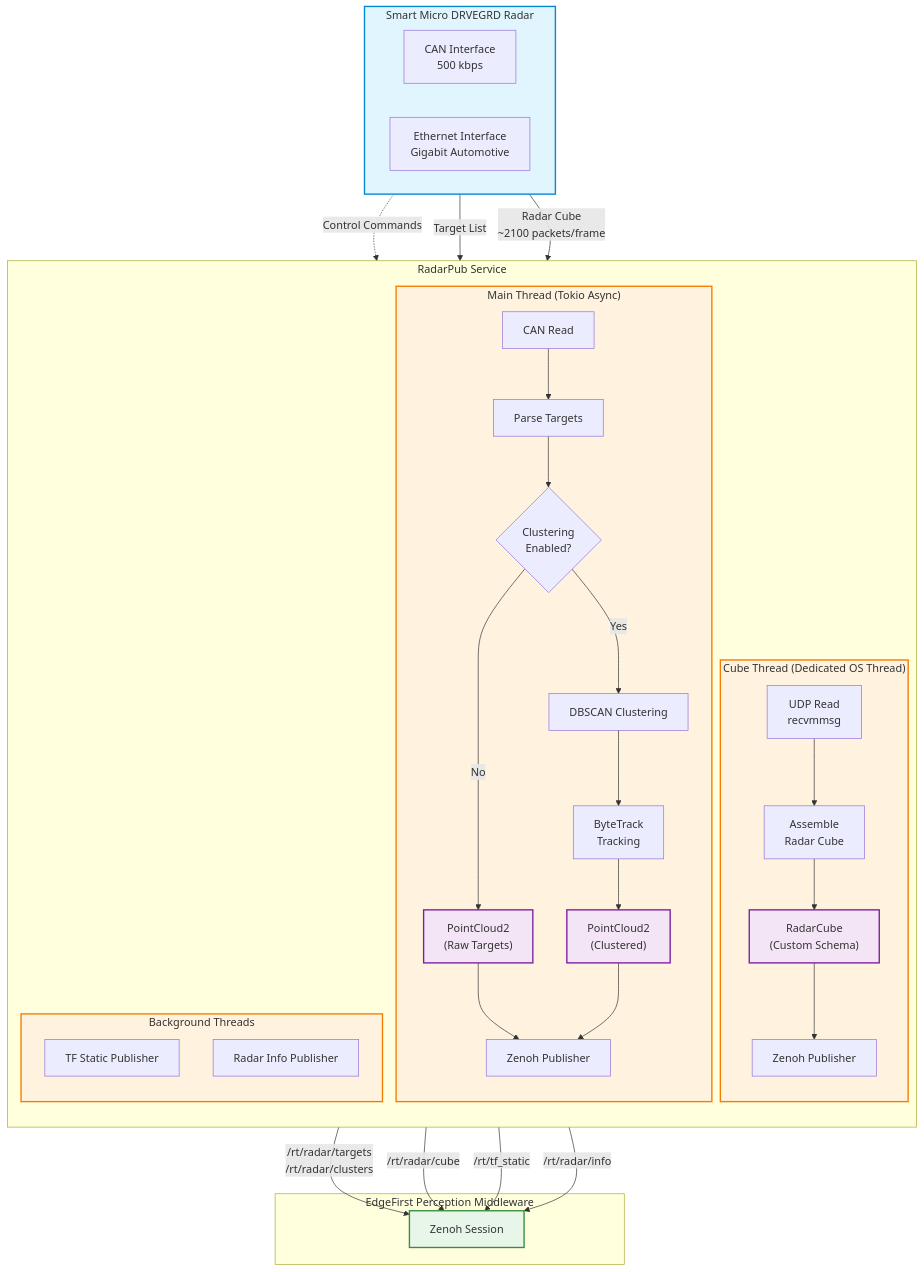
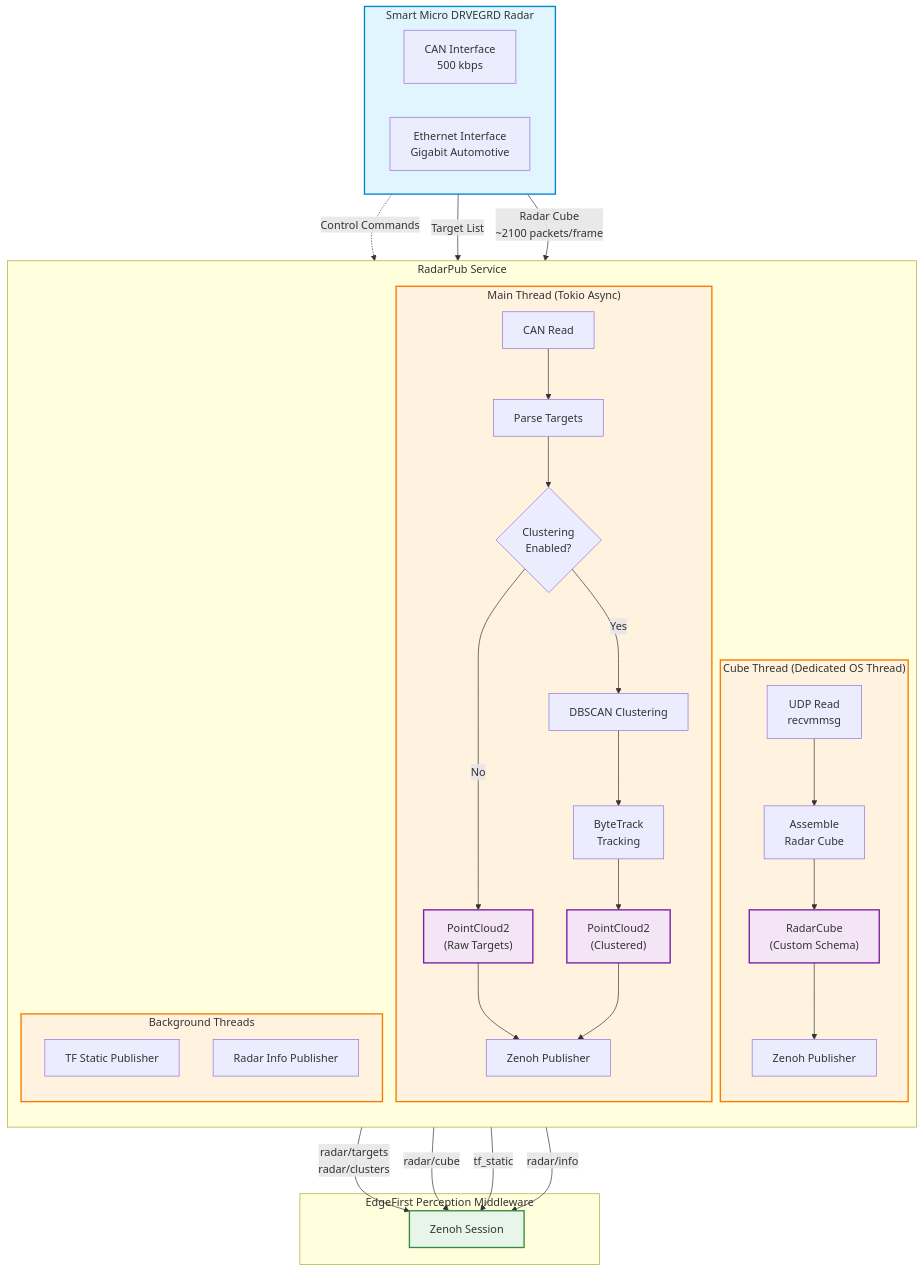
Before and after one commit to EdgeFirstAI/radarpub: the first of 10 diagrams in ARCHITECTURE.md, drawn with Mermaid. The commit also changed other lines of this file and 8 other files, not shown here.

````diff
--- a/ARCHITECTURE.md
+++ b/ARCHITECTURE.md
@@ -39,57 +39,57 @@
 ```mermaid
 graph TB
     subgraph DRVEGRD["Smart Micro DRVEGRD Radar"]
         direction LR
         CAN_OUT[CAN Interface<br/>500 kbps]
         UDP_OUT[Ethernet Interface<br/>Gigabit Automotive]
     end
 
     subgraph RadarPub["RadarPub Service"]
         direction TB
         
         subgraph MainThread["Main Thread (Tokio Async)"]
             CAN_READ[CAN Read] --> PARSE[Parse Targets]
             PARSE --> CLUSTER{Clustering<br/>Enabled?}
             CLUSTER -->|Yes| DBSCAN[DBSCAN Clustering]
             CLUSTER -->|No| PC2_RAW["PointCloud2<br/>(Raw Targets)"]
             DBSCAN --> TRACK[ByteTrack<br/>Tracking]
             TRACK --> PC2_CLUST["PointCloud2<br/>(Clustered)"]
             PC2_RAW --> ZEN_TARGETS
             PC2_CLUST --> ZEN_TARGETS[Zenoh Publisher]
         end
         
         subgraph CubeThread["Cube Thread (Dedicated OS Thread)"]
             UDP_READ[UDP Read<br/>recvmmsg] --> ASSEMBLE[Assemble<br/>Radar Cube]
             ASSEMBLE --> CUBE_MSG["RadarCube<br/>(Custom Schema)"]
             CUBE_MSG --> ZEN_CUBE[Zenoh Publisher]
         end
         
         subgraph BgThreads["Background Threads"]
             TF[TF Static Publisher]
             INFO[Radar Info Publisher]
         end
     end
 
     subgraph EdgeFirst["EdgeFirst Perception Middleware"]
         ZENOH[Zenoh Session]
     end
 
     CAN_OUT -."Control Commands".-> CAN_READ
     CAN_OUT -->|Target List| CAN_READ
     UDP_OUT -->|Radar Cube<br/>~2100 packets/frame| UDP_READ
     
-    ZEN_TARGETS -->|/rt/radar/targets<br/>/rt/radar/clusters| ZENOH
-    ZEN_CUBE -->|/rt/radar/cube| ZENOH
-    TF -->|/rt/tf_static| ZENOH
-    INFO -->|/rt/radar/info| ZENOH
+    ZEN_TARGETS -->|radar/targets<br/>radar/clusters| ZENOH
+    ZEN_CUBE -->|radar/cube| ZENOH
+    TF -->|tf_static| ZENOH
+    INFO -->|radar/info| ZENOH
 
     classDef radarStyle fill:#e1f5ff,stroke:#0288d1,stroke-width:2px
     classDef threadStyle fill:#fff3e0,stroke:#f57c00,stroke-width:2px
     classDef msgStyle fill:#f3e5f5,stroke:#7b1fa2,stroke-width:2px
     classDef zenoStyle fill:#e8f5e9,stroke:#388e3c,stroke-width:2px
     
     class DRVEGRD radarStyle
     class MainThread,CubeThread,BgThreads threadStyle
     class PC2_RAW,PC2_CLUST,CUBE_MSG msgStyle
     class ZENOH zenoStyle
 ```
````
